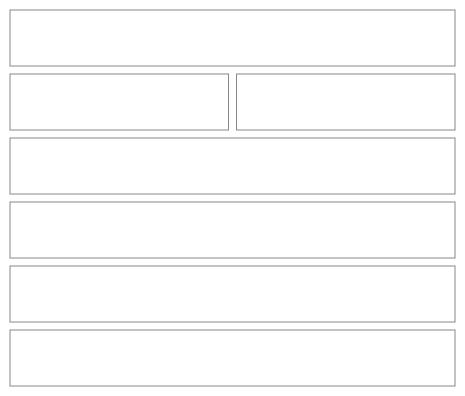
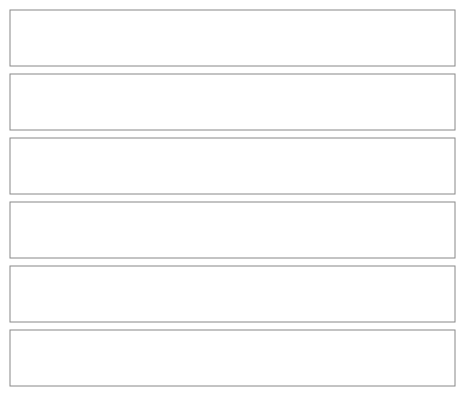
One commit to NovaMoonX/moondreams-dev-apps changed diagram 12 of 54 in src/apps/pinch/UX.md. Above: the diagram before and after it, drawn with Mermaid. The commit also changed other lines of this file and 163 other files, not shown here.

````diff
--- a/src/apps/pinch/UX.md
+++ b/src/apps/pinch/UX.md
@@ -453,19 +441,17 @@
 ```mermaid
 %%{init: {'theme': 'base', 'themeVariables': {'primaryColor': 'transparent', 'primaryBorderColor': '#888888', 'primaryTextColor': '#333333', 'lineColor': '#888888'}}}%%
 block-beta
   columns 2
   F1["‹ Sources"]:2
-  F2["3 sources"]:1
-  F3["+ New source"]:1
+  F2["3 sources"]:2
   F4["📖 Mom's recipe cards<br/>1 recipe"]:2
-  F5["📖 NYT Cooking"]:2
+  F5["📖 NYT Cooking<br/>Not on any recipe   🗑"]:2
   F6["📖 Serious Eats<br/>2 recipes"]:2
-  F7["Filter recipes · SOURCE<br/>[ Any ]  Mom's recipe cards · 1  Serious Eats · 2  No source · 1"]:2
+  F7["Filter recipes · SOURCE · Edit sources<br/>[ Any ]  Mom's recipe cards · 1  Serious Eats · 2  No source · 1"]:2
   style F1 fill:transparent,stroke:#888888,stroke-width:1px;
   style F2 fill:transparent,stroke:#888888,stroke-width:1px;
-  style F3 fill:transparent,stroke:#888888,stroke-width:1px;
   style F4 fill:transparent,stroke:#888888,stroke-width:1px;
   style F5 fill:transparent,stroke:#888888,stroke-width:1px;
   style F6 fill:transparent,stroke:#888888,stroke-width:1px;
   style F7 fill:transparent,stroke:#888888,stroke-width:1px;
 ```
````
